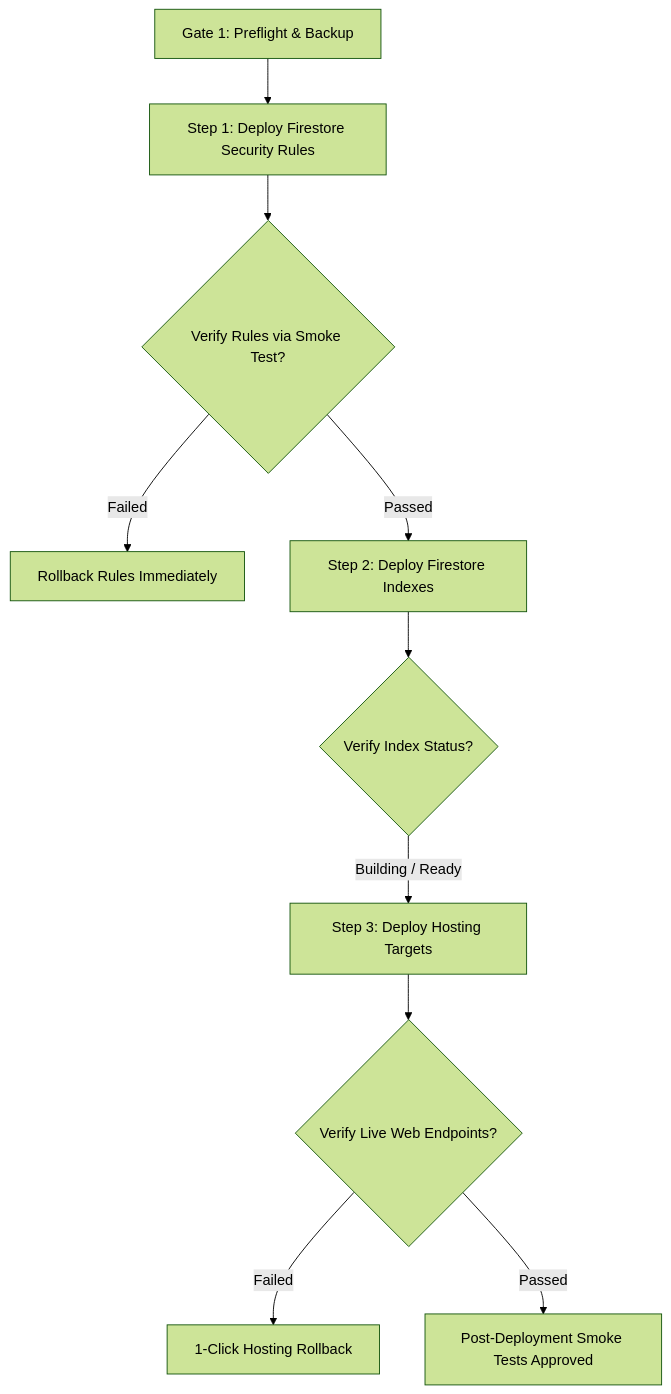
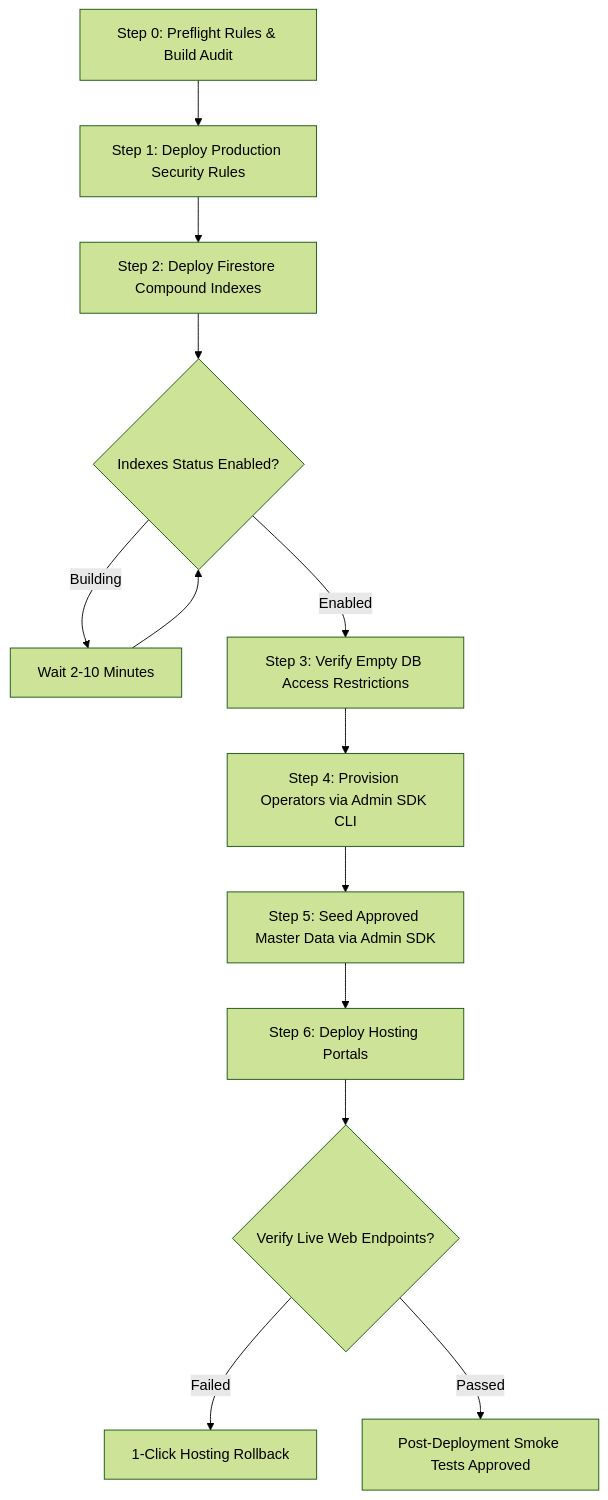
The diagram in docs/DEPLOYMENT_RUNBOOK.md (throwawaybtm/simak-diskum-v5), drawn with Mermaid (forest theme) before and after one commit. The commit also changed other lines of this file and 11 other files, not shown here.

````diff
--- a/docs/DEPLOYMENT_RUNBOOK.md
+++ b/docs/DEPLOYMENT_RUNBOOK.md
@@ -57,12 +58,15 @@
 ```mermaid
 flowchart TD
-    G1[Gate 1: Preflight & Backup] --> D1[Step 1: Deploy Firestore Security Rules]
-    D1 --> V1{Verify Rules via Smoke Test?}
-    V1 -- Failed --> R1[Rollback Rules Immediately]
-    V1 -- Passed --> D2[Step 2: Deploy Firestore Indexes]
-    D2 --> V2{Verify Index Status?}
-    V2 -- Building / Ready --> D3[Step 3: Deploy Hosting Targets]
-    D3 --> V3{Verify Live Web Endpoints?}
-    V3 -- Failed --> R2[1-Click Hosting Rollback]
-    V3 -- Passed --> S1[Post-Deployment Smoke Tests Approved]
+    G1[Step 0: Preflight Rules & Build Audit] --> D1[Step 1: Deploy Production Security Rules]
+    D1 --> D2[Step 2: Deploy Firestore Compound Indexes]
+    D2 --> V1{Indexes Status Enabled?}
+    V1 -- Building --> W1[Wait 2-10 Minutes]
+    W1 --> V1
+    V1 -- Enabled --> D3[Step 3: Verify Empty DB Access Restrictions]
+    D3 --> D4[Step 4: Provision Operators via Admin SDK CLI]
+    D4 --> D5[Step 5: Seed Approved Master Data via Admin SDK]
+    D5 --> D6[Step 6: Deploy Hosting Portals]
+    D6 --> V2{Verify Live Web Endpoints?}
+    V2 -- Failed --> R2[1-Click Hosting Rollback]
+    V2 -- Passed --> S1[Post-Deployment Smoke Tests Approved]
 ```
````
